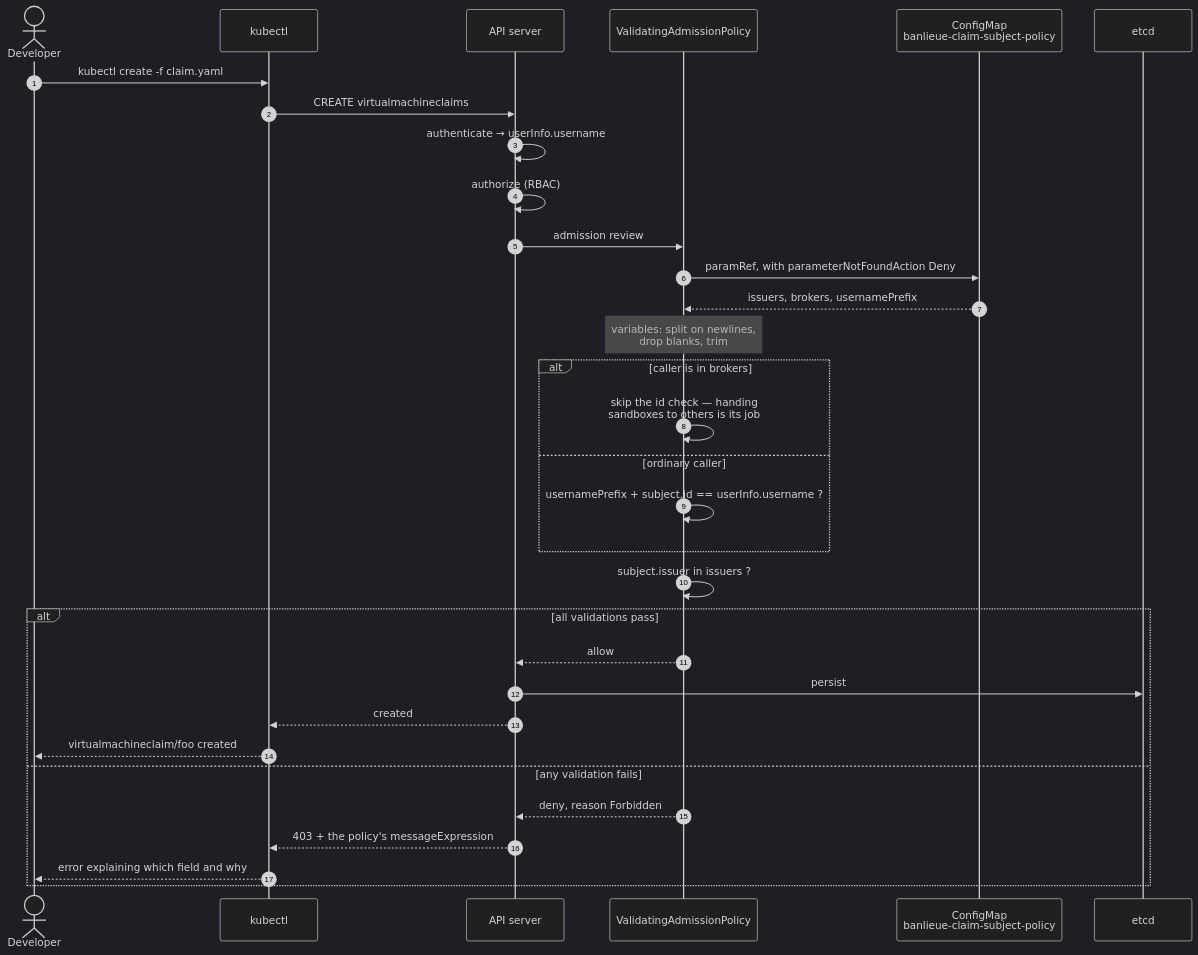
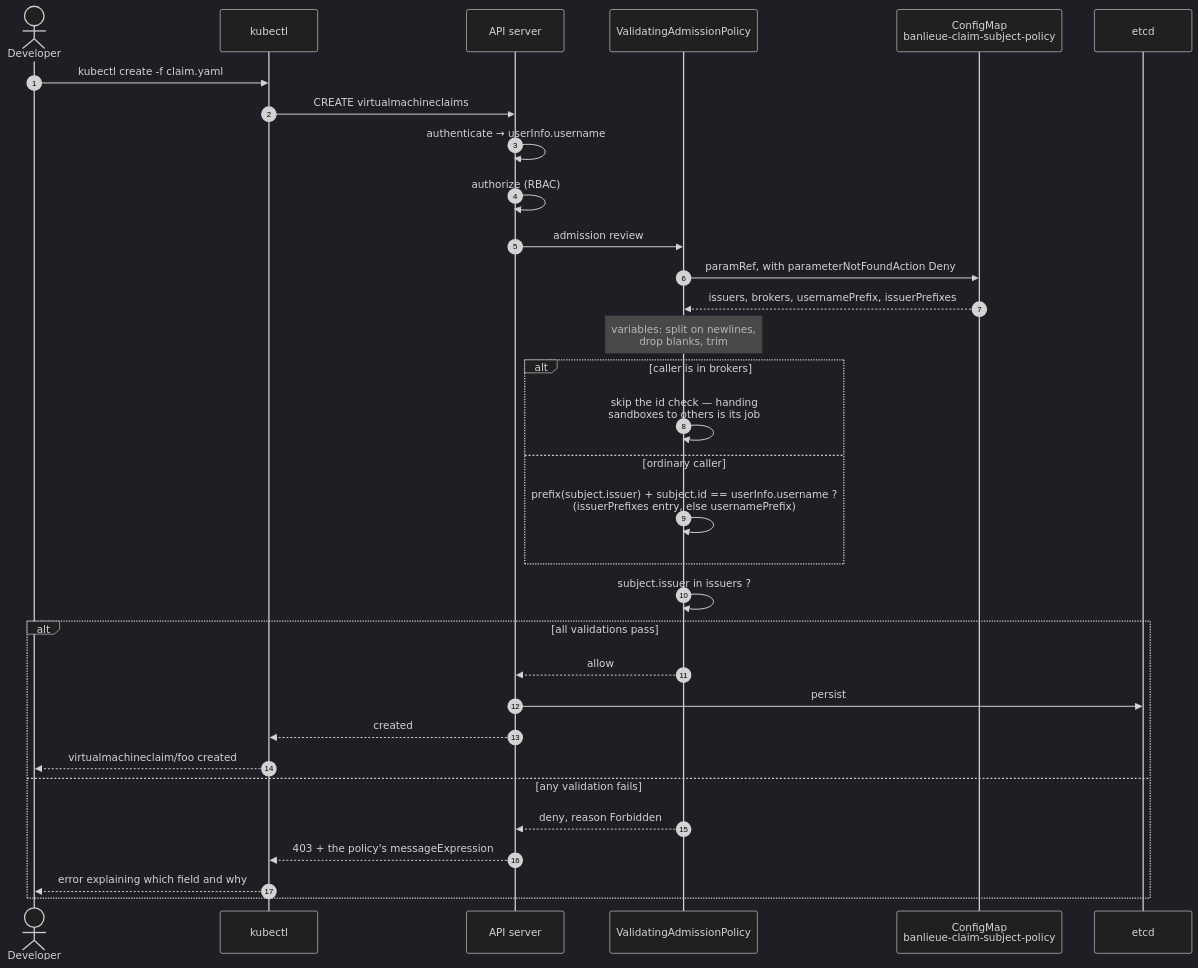
The third of 11 diagrams in docs/src/concepts/virtualmachine-claim-flow.md (firestoned/banlieue), drawn with Mermaid (dark theme) before and after one commit. The commit also changed other lines of this file and 22 other files, not shown here.

Commit message:
feat: spread placement across failure domains (ADR-0098); per-issuer claim prefixes (ADR-0047); Deferred libvirt e2e

````diff
--- a/docs/src/concepts/virtualmachine-claim-flow.md
+++ b/docs/src/concepts/virtualmachine-claim-flow.md
@@ -143,38 +146,38 @@
 ```mermaid
 sequenceDiagram
     autonumber
     actor Dev as Developer
     participant K as kubectl
     participant API as API server
     participant VAP as ValidatingAdmissionPolicy
     participant CM as ConfigMap<br/>banlieue-claim-subject-policy
     participant ETCD as etcd
 
     Dev->>K: kubectl create -f claim.yaml
     K->>API: CREATE virtualmachineclaims
     API->>API: authenticate → userInfo.username
     API->>API: authorize (RBAC)
     API->>VAP: admission review
     VAP->>CM: paramRef, with parameterNotFoundAction Deny
-    CM-->>VAP: issuers, brokers, usernamePrefix
+    CM-->>VAP: issuers, brokers, usernamePrefix, issuerPrefixes
 
     Note over VAP: variables: split on newlines,<br/>drop blanks, trim
 
     alt caller is in brokers
         VAP->>VAP: skip the id check — handing<br/>sandboxes to others is its job
     else ordinary caller
-        VAP->>VAP: usernamePrefix + subject.id == userInfo.username ?
+        VAP->>VAP: prefix(subject.issuer) + subject.id == userInfo.username ?<br/>(issuerPrefixes entry, else usernamePrefix)
     end
     VAP->>VAP: subject.issuer in issuers ?
 
     alt all validations pass
         VAP-->>API: allow
         API->>ETCD: persist
         API-->>K: created
         K-->>Dev: virtualmachineclaim/foo created
     else any validation fails
         VAP-->>API: deny, reason Forbidden
         API-->>K: 403 + the policy's messageExpression
         K-->>Dev: error explaining which field and why
     end
 ```
````
